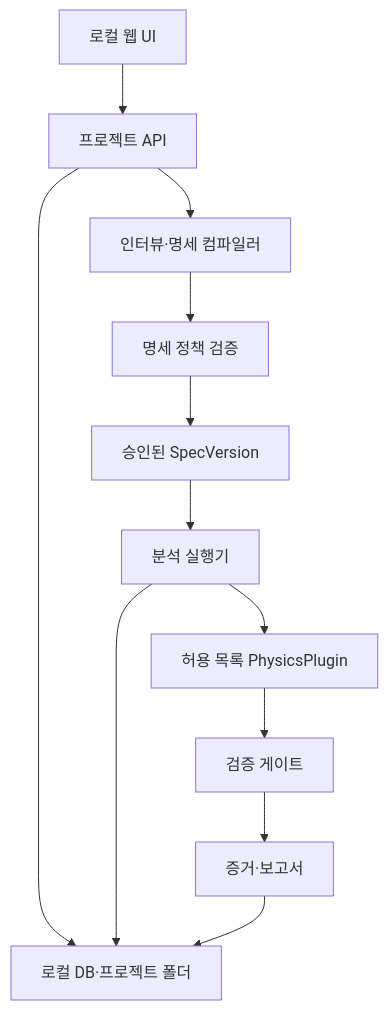
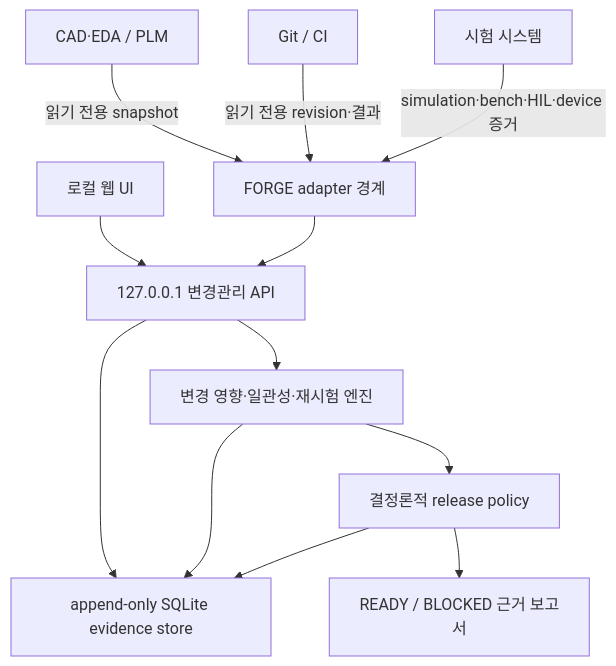
Before and after one commit to hanc2010110/FORGE: the first of 2 diagrams in PRD.md, drawn with Mermaid. The commit also changed other lines of this file and 17 other files, not shown here.

Commit message:
feat: add secure engineering release API

````diff
--- a/PRD.md
+++ b/PRD.md
@@ -464,14 +464,14 @@
 ```mermaid
 flowchart TD
-    A["로컬 웹 UI"] --> B["프로젝트 API"]
-    B --> C["인터뷰·명세 컴파일러"]
-    C --> D["명세 정책 검증"]
-    D --> E["승인된 SpecVersion"]
-    E --> F["분석 실행기"]
-    F --> G["허용 목록 PhysicsPlugin"]
-    G --> H["검증 게이트"]
-    H --> I["증거·보고서"]
-    B --> J["로컬 DB·프로젝트 폴더"]
-    F --> J
-    I --> J
+    A["CAD·EDA / PLM"] -->|"읽기 전용 snapshot"| E["FORGE adapter 경계"]
+    B["Git / CI"] -->|"읽기 전용 revision·결과"| E
+    C["시험 시스템"] -->|"simulation·bench·HIL·device 증거"| E
+    D["로컬 웹 UI"] --> F["127.0.0.1 변경관리 API"]
+    E --> F
+    F --> G["변경 영향·일관성·재시험 엔진"]
+    G --> H["결정론적 release policy"]
+    F --> I["append-only SQLite evidence store"]
+    G --> I
+    H --> I
+    H --> J["READY / BLOCKED 근거 보고서"]
 ```
````
